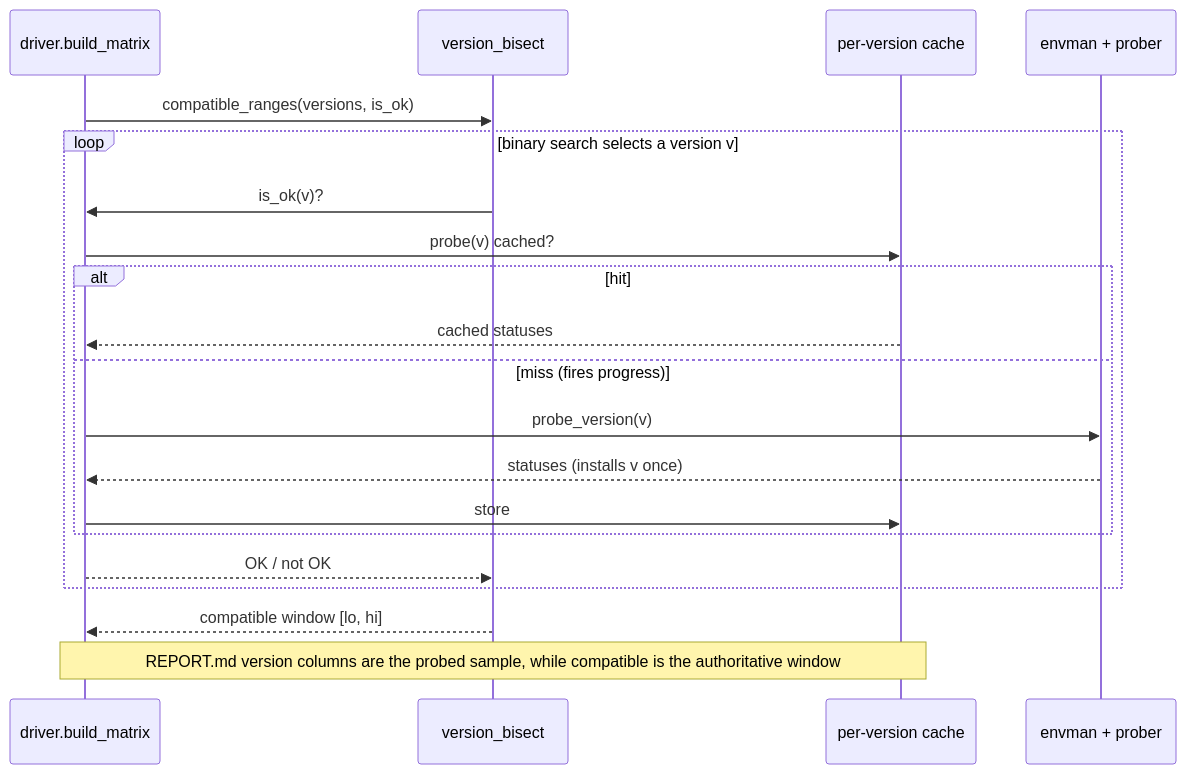
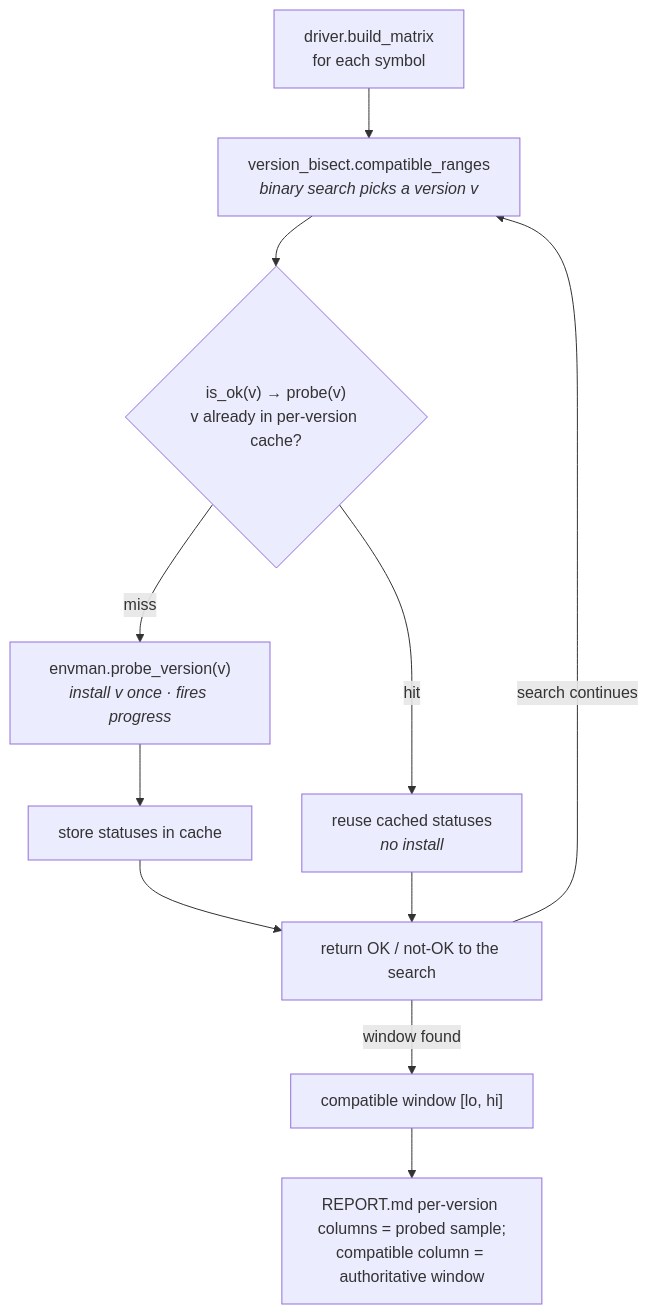
The fourth of 8 diagrams in README.md (joe0731/modelopt_ptq_transformers_doctor), drawn with Mermaid before and after one commit. The commit also changed other lines of this file, not shown here.

Commit message:
docs: convert bisection/caching sequence diagram to a flowchart
The sequenceDiagram Note repeatedly tripped GitHub's mermaid parser; recast
diagram 4 (EN + CN) as a flowchart like the other three, which render cleanly.

````diff
--- a/README.md
+++ b/README.md
@@ -114,22 +114,13 @@
 ```mermaid
-sequenceDiagram
-    participant driver as driver.build_matrix
-    participant bisect as version_bisect
-    participant cache as per-version cache
-    participant env as envman + prober
-    driver->>bisect: compatible_ranges(versions, is_ok)
-    loop binary search selects a version v
-        bisect->>driver: is_ok(v)?
-        driver->>cache: probe(v) cached?
-        alt hit
-            cache-->>driver: cached statuses
-        else miss (fires progress)
-            driver->>env: probe_version(v)
-            env-->>driver: statuses (installs v once)
-            driver->>cache: store
-        end
-        driver-->>bisect: OK / not OK
-    end
-    bisect-->>driver: compatible window [lo, hi]
-    Note over driver,cache: REPORT.md version columns are the probed sample, while compatible is the authoritative window
+flowchart TD
+    drive["driver.build_matrix<br/>for each symbol"] --> search["version_bisect.compatible_ranges<br/><i>binary search picks a version v</i>"]
+    search --> ask{"is_ok(v) → probe(v)<br/>v already in per-version cache?"}
+    ask -->|hit| reuse["reuse cached statuses<br/><i>no install</i>"]
+    ask -->|miss| install["envman.probe_version(v)<br/><i>install v once · fires progress</i>"]
+    install --> store["store statuses in cache"]
+    store --> verdict["return OK / not-OK to the search"]
+    reuse --> verdict
+    verdict -->|search continues| search
+    verdict -->|window found| window["compatible window [lo, hi]"]
+    window --> note["REPORT.md per-version columns = probed sample;<br/>compatible column = authoritative window"]
 ```
````
